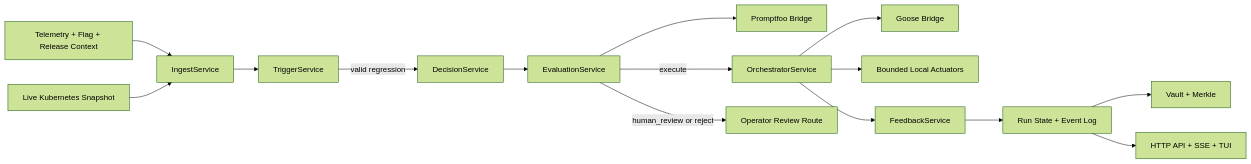
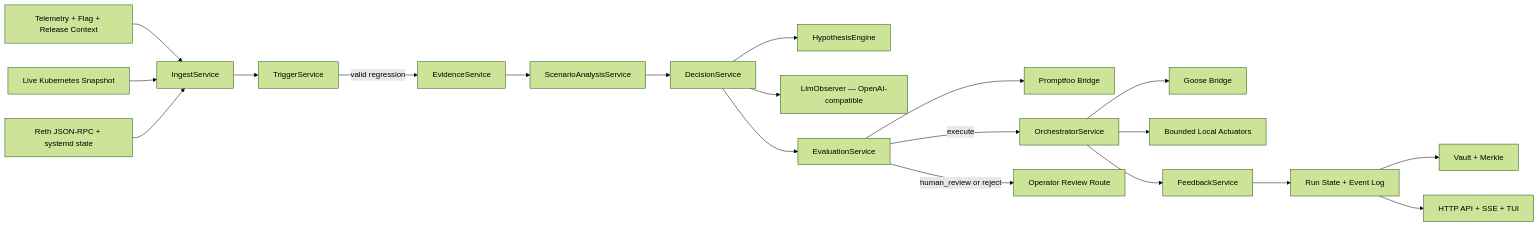
The first of 3 diagrams in architecture.md (LusisLabs/orbital-mesh), drawn with Mermaid (forest theme) before and after one commit. The commit also changed other lines of this file and 3 other files, not shown here.

````diff
--- a/architecture.md
+++ b/architecture.md
@@ -11,17 +20,22 @@
 ```mermaid
 flowchart LR
     raw[Telemetry + Flag + Release Context] --> ingest[IngestService]
     k8s[Live Kubernetes Snapshot] --> ingest
+    reth[Reth JSON-RPC + systemd state] --> ingest
     ingest --> trigger[TriggerService]
-    trigger -->|valid regression| decision[DecisionService]
+    trigger -->|valid regression| evidence[EvidenceService]
+    evidence --> scenario[ScenarioAnalysisService]
+    scenario --> decision[DecisionService]
+    decision --> hypothesis[HypothesisEngine]
+    decision --> observer[LlmObserver — OpenAI-compatible]
     decision --> evaluation[EvaluationService]
     evaluation --> promptfoo[Promptfoo Bridge]
     evaluation -->|execute| orchestrator[OrchestratorService]
     evaluation -->|human_review or reject| operator[Operator Review Route]
     orchestrator --> goose[Goose Bridge]
     orchestrator --> actuators[Bounded Local Actuators]
     orchestrator --> feedback[FeedbackService]
     feedback --> state[Run State + Event Log]
     state --> vault[Vault + Merkle]
     state --> api[HTTP API + SSE + TUI]
 ```
````
